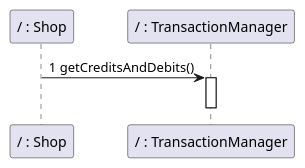
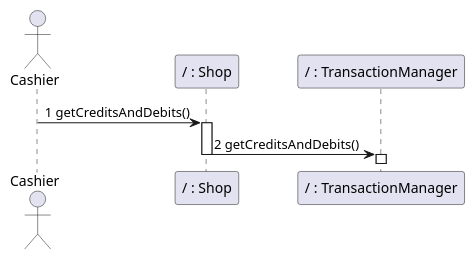
Diagram 30 of 32 in Deliverables/DesignDocument.md (nicolabattaglino/ezshop), drawn with PlantUML before and after one commit. The commit also changed other lines of this file, not shown here.

Commit message:
added cashier

````diff
--- a/Deliverables/DesignDocument.md
+++ b/Deliverables/DesignDocument.md
@@ -1427,10 +1457,13 @@
 ```plantuml
 @startuml
-
+actor Cashier
 participant "/ : Shop" as Shop
 participant "/ : TransactionManager" as TransactionManager
-Shop -> TransactionManager:1 getCreditsAndDebits()
+Cashier -> Shop:1 getCreditsAndDebits()
+activate Shop
+Shop -> TransactionManager:2 getCreditsAndDebits()
+deactivate Shop
 activate TransactionManager
 deactivate TransactionManager 
 @enduml
 ```
````
